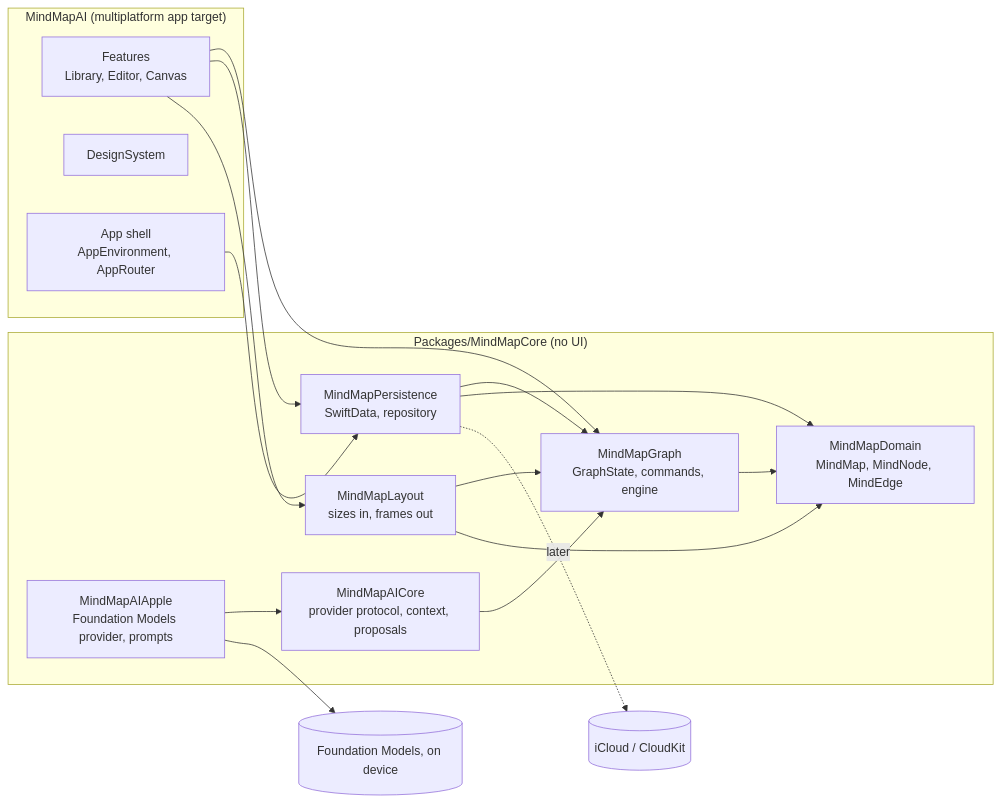
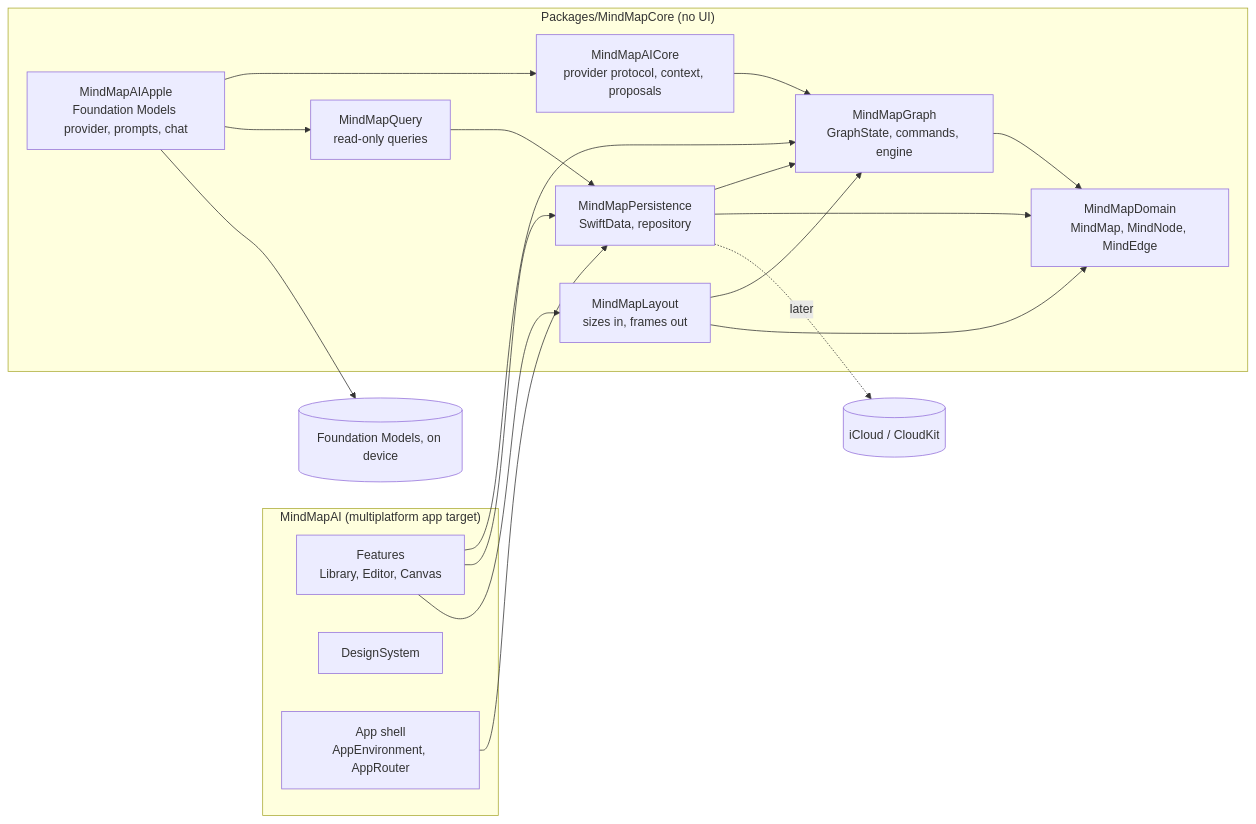
One commit to tdduydev/xdev-mindmap-ai changed the diagram in docs/architecture.md. Above: the diagram before and after it, drawn with Mermaid. The commit also changed other lines of this file and 36 other files, not shown here.

````diff
--- a/docs/architecture.md
+++ b/docs/architecture.md
@@ -5,29 +5,32 @@
 ```mermaid
 flowchart LR
   subgraph App["MindMapAI (multiplatform app target)"]
     Features["Features<br/>Library, Editor, Canvas"]
     DS["DesignSystem"]
     Shell["App shell<br/>AppEnvironment, AppRouter"]
   end
   subgraph Core["Packages/MindMapCore (no UI)"]
     Domain["MindMapDomain<br/>MindMap, MindNode, MindEdge"]
     Graph["MindMapGraph<br/>GraphState, commands, engine"]
     Persistence["MindMapPersistence<br/>SwiftData, repository"]
     Layout["MindMapLayout<br/>sizes in, frames out"]
     AICore["MindMapAICore<br/>provider protocol, context, proposals"]
-    AIApple["MindMapAIApple<br/>Foundation Models provider, prompts"]
+    AIApple["MindMapAIApple<br/>Foundation Models provider, prompts, chat"]
+    Query["MindMapQuery<br/>read-only queries"]
   end
   Features --> Graph
   Features --> Persistence
   Features --> Layout
   Shell --> Persistence
   Graph --> Domain
   Persistence --> Graph
   Persistence --> Domain
   Layout --> Graph
   Layout --> Domain
   Persistence -.later.-> CloudKit[(iCloud / CloudKit)]
   AICore --> Graph
   AIApple --> AICore
+  AIApple --> Query
+  Query --> Persistence
   AIApple --> FM[(Foundation Models, on device)]
 ```
````
